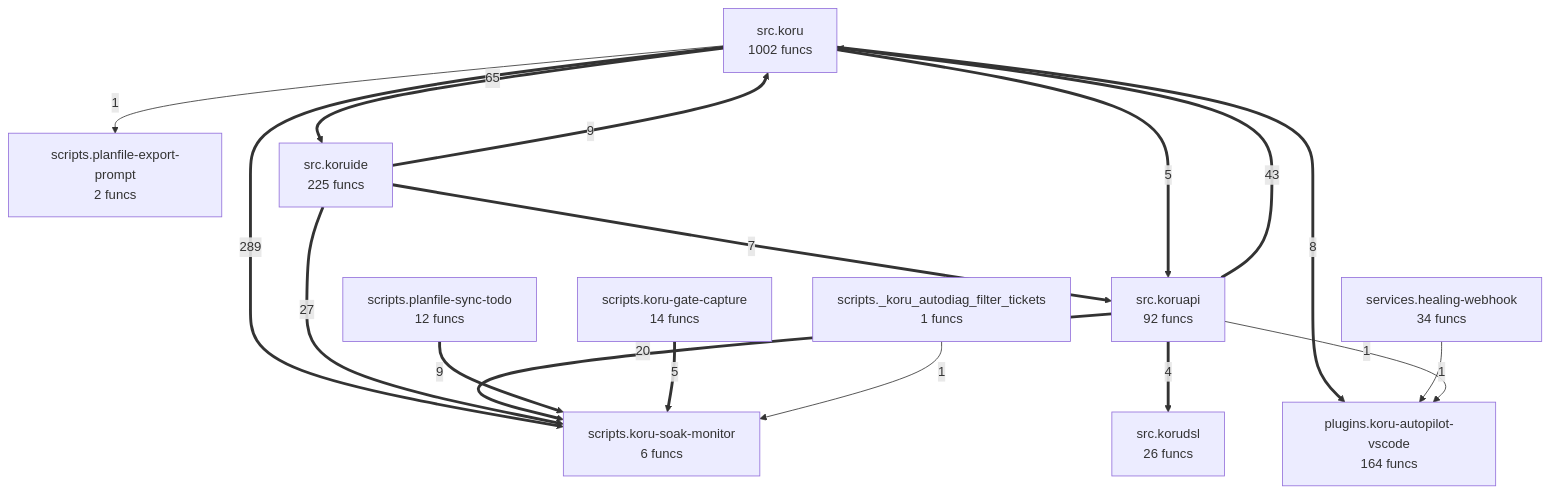
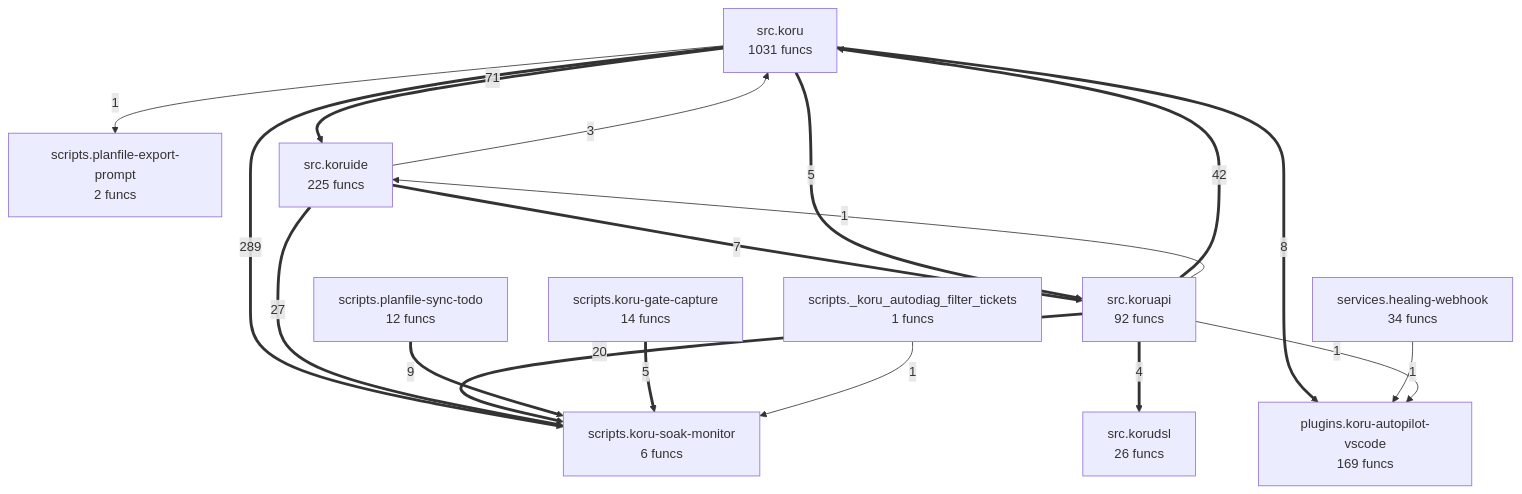
Before and after one commit to semcod/koru: the diagram in project/compact_flow.mmd, drawn with Mermaid. The commit also changed 66 other files, not shown here.

```diff
--- a/project/compact_flow.mmd
+++ b/project/compact_flow.mmd
@@ -1,29 +1,30 @@
 flowchart TD
 %% generated in 0.04s
-    plugins__koru_autopilot_vscode["plugins.koru-autopilot-vscode<br/>164 funcs"]
+    plugins__koru_autopilot_vscode["plugins.koru-autopilot-vscode<br/>169 funcs"]
     scripts___koru_autodiag_filter_tickets["scripts._koru_autodiag_filter_tickets<br/>1 funcs"]
     scripts__koru_gate_capture["scripts.koru-gate-capture<br/>14 funcs"]
     scripts__koru_soak_monitor["scripts.koru-soak-monitor<br/>6 funcs"]
     scripts__planfile_export_prompt["scripts.planfile-export-prompt<br/>2 funcs"]
     scripts__planfile_sync_todo["scripts.planfile-sync-todo<br/>12 funcs"]
     services__healing_webhook["services.healing-webhook<br/>34 funcs"]
-    src__koru["src.koru<br/>1002 funcs"]
+    src__koru["src.koru<br/>1031 funcs"]
     src__koruapi["src.koruapi<br/>92 funcs"]
     src__korudsl["src.korudsl<br/>26 funcs"]
     src__koruide["src.koruide<br/>225 funcs"]
     src__koru ==>|289| scripts__koru_soak_monitor
-    src__koru ==>|65| src__koruide
-    src__koruapi ==>|43| src__koru
+    src__koru ==>|71| src__koruide
+    src__koruapi ==>|42| src__koru
     src__koruide ==>|27| scripts__koru_soak_monitor
     src__koruapi ==>|20| scripts__koru_soak_monitor
-    src__koruide ==>|9| src__koru
     scripts__planfile_sync_todo ==>|9| scripts__koru_soak_monitor
     src__koru ==>|8| plugins__koru_autopilot_vscode
     src__koruide ==>|7| src__koruapi
     src__koru ==>|5| src__koruapi
     scripts__koru_gate_capture ==>|5| scripts__koru_soak_monitor
     src__koruapi ==>|4| src__korudsl
+    src__koruide -->|3| src__koru
     services__healing_webhook -->|1| plugins__koru_autopilot_vscode
     src__koruapi -->|1| plugins__koru_autopilot_vscode
+    src__koruapi -->|1| src__koruide
     src__koru -->|1| scripts__planfile_export_prompt
     scripts___koru_autodiag_filter_tickets -->|1| scripts__koru_soak_monitor
```
